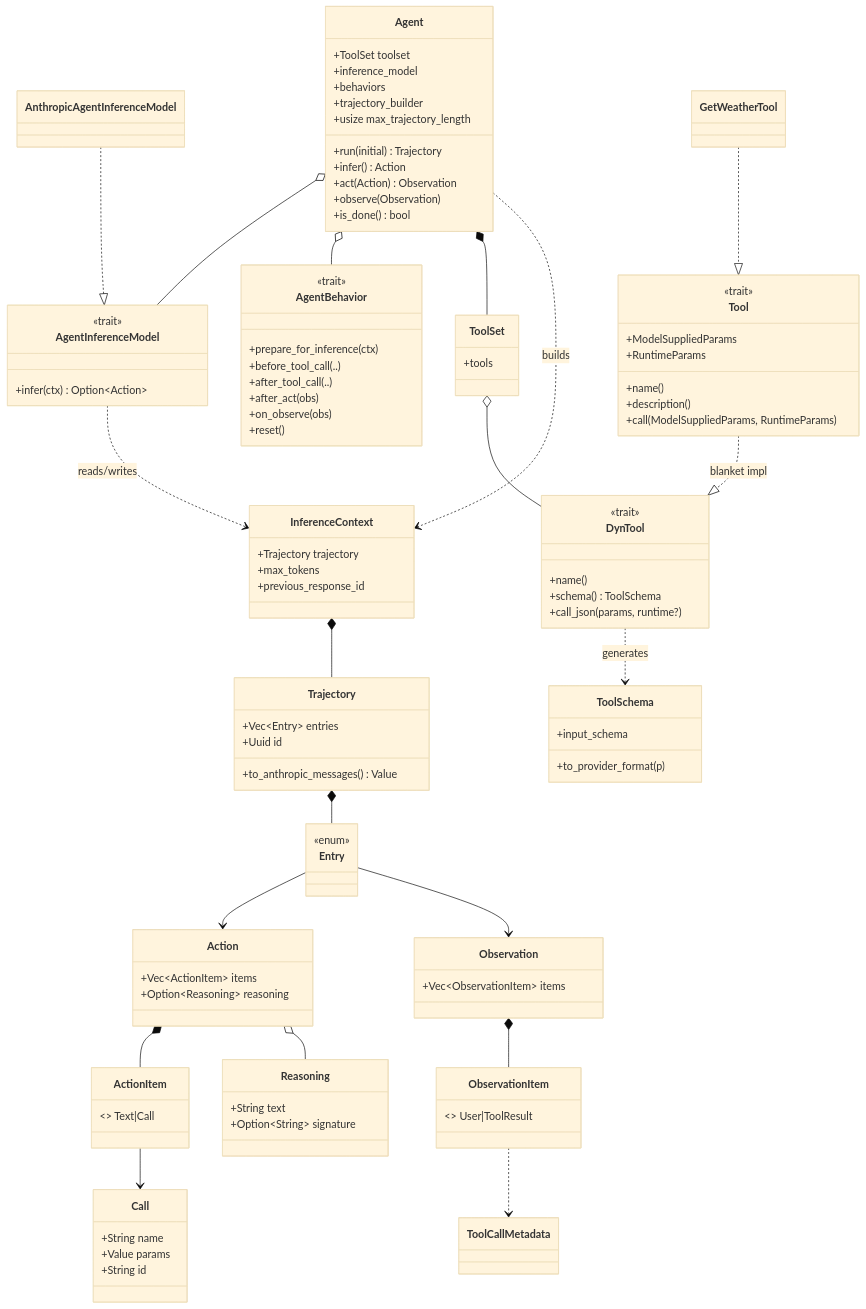
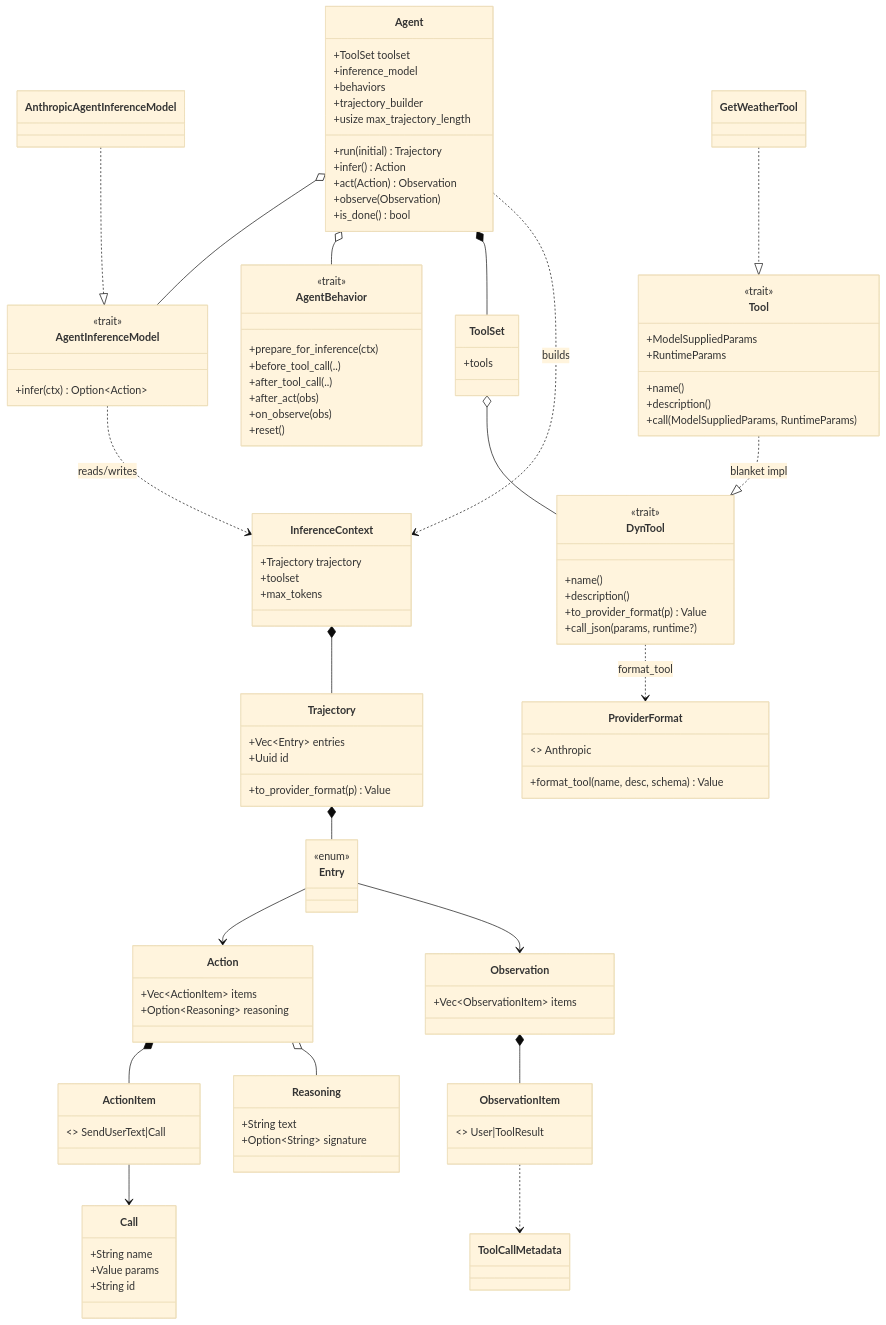
Before and after one commit to HIDORAKAI002/ai-workspace-archive: the first of 3 diagrams in vector_databases___rag/vector_databases/chroma/plans/rust_agent_port_1bfabf45.plan.md, drawn with Mermaid (base theme). The commit also changed other lines of this file and 14 other files, not shown here.

```diff
--- a/vector_databases___rag/vector_databases/chroma/plans/rust_agent_port_1bfabf45.plan.md
+++ b/vector_databases___rag/vector_databases/chroma/plans/rust_agent_port_1bfabf45.plan.md
@@ -191,13 +192,13 @@
     }
     class InferenceContext {
         +Trajectory trajectory
+        +toolset
         +max_tokens
-        +previous_response_id
     }
     class Trajectory {
         +Vec~Entry~ entries
         +Uuid id
-        +to_anthropic_messages() Value
+        +to_provider_format(p) Value
     }
     class Entry { <<enum>> }
     class Action {
@@ -208,7 +209,7 @@
         +String text
         +Option~String~ signature
     }
-    class ActionItem { <<enum>> Text|Call }
+    class ActionItem { <<enum>> SendUserText|Call }
     class Call {
         +String name
         +Value params
@@ -228,19 +229,20 @@
     class DynTool {
         <<trait>>
         +name()
-        +schema() ToolSchema
+        +description()
+        +to_provider_format(p) Value
         +call_json(params, runtime?)
     }
-    class ToolSchema {
-        +input_schema
-        +to_provider_format(p)
+    class ProviderFormat {
+        <<enum>> Anthropic
+        +format_tool(name, desc, schema) Value
     }
     class GetWeatherTool
 
     AnthropicAgentInferenceModel ..|> AgentInferenceModel
     GetWeatherTool ..|> Tool
     Tool ..|> DynTool : blanket impl
-    DynTool ..> ToolSchema : generates
+    DynTool ..> ProviderFormat : format_tool
     Agent o-- AgentInferenceModel
     Agent o-- AgentBehavior
     Agent *-- ToolSet
```
